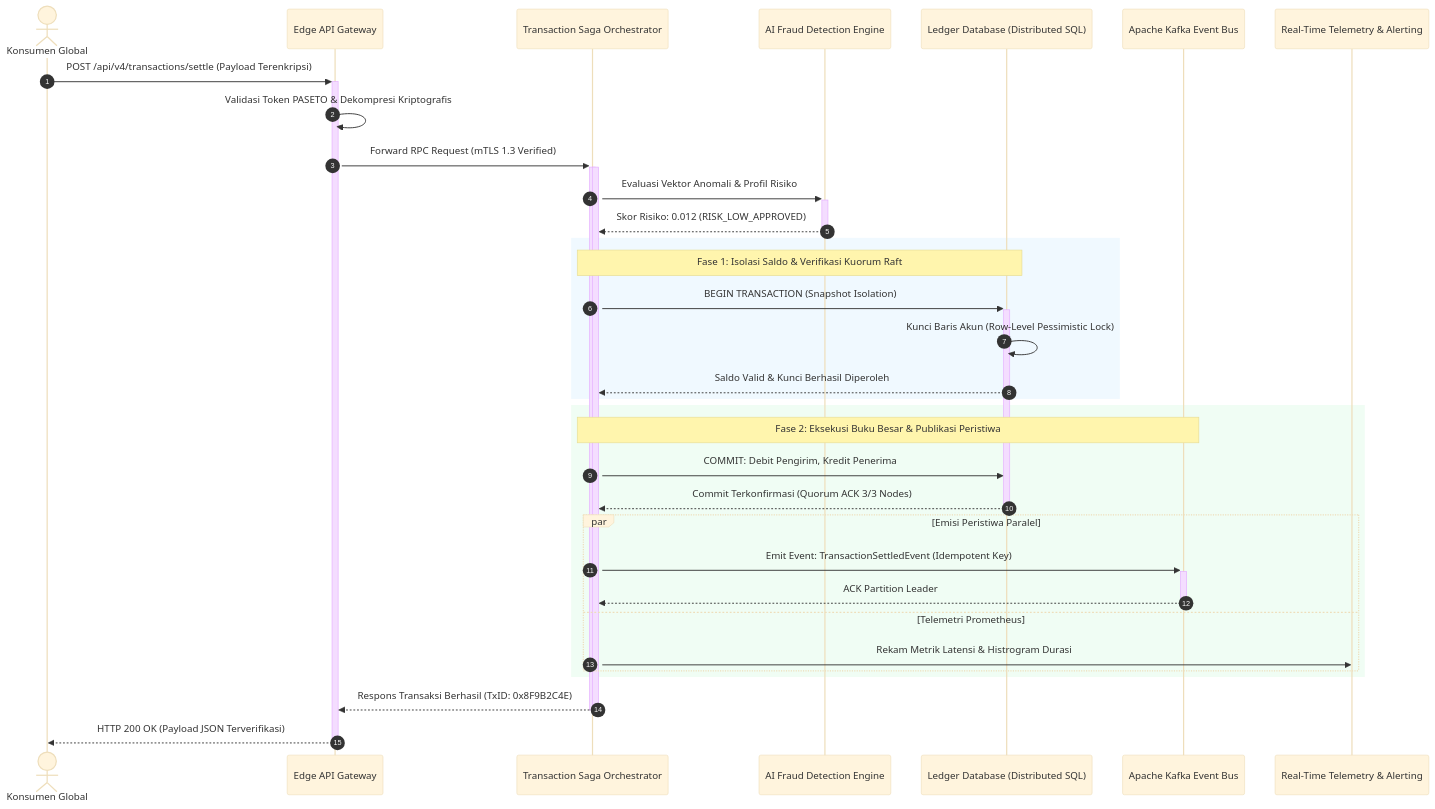
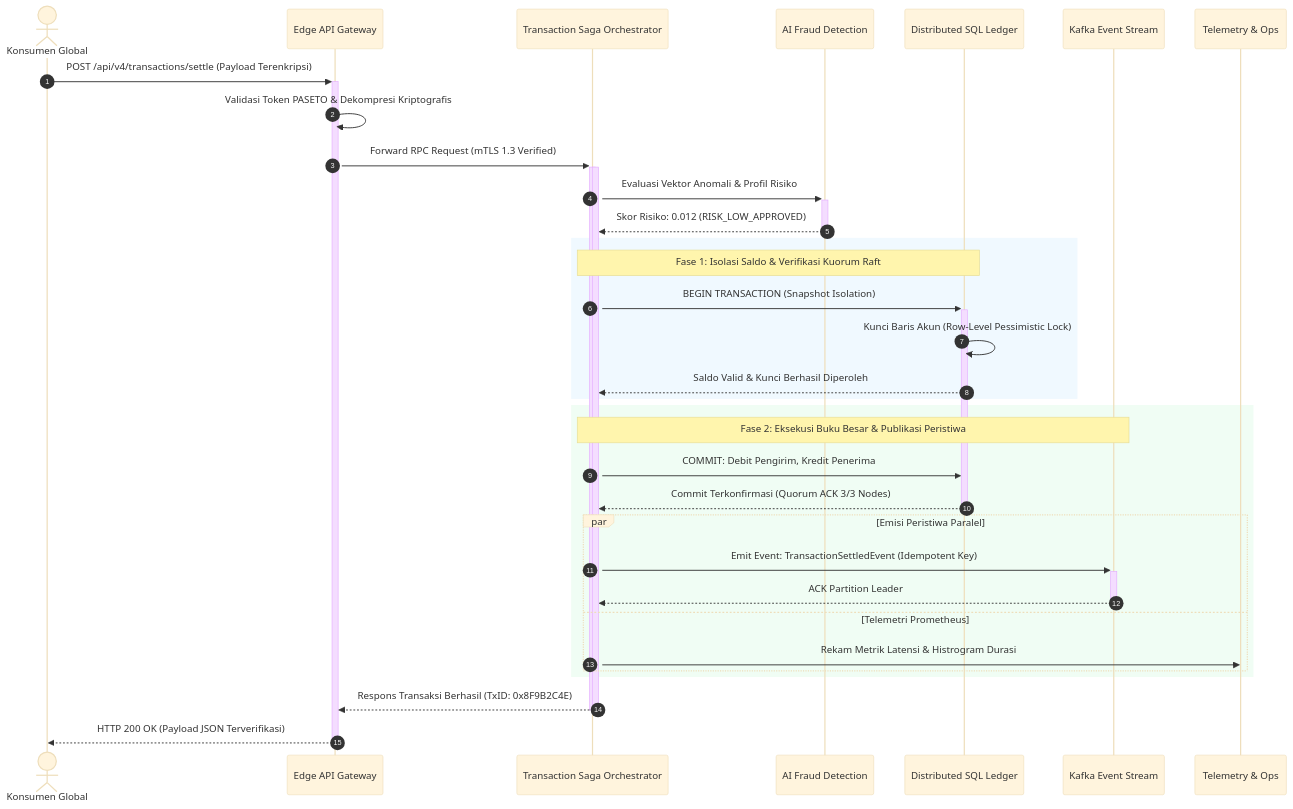
The second of 5 diagrams in apps/cli/markforge/docs/document.md (masumrpg/react-native-library), drawn with Mermaid (base theme) before and after one commit. The commit also changed other lines of this file and 23 other files, not shown here.

Commit message:
feat(markforge): add mermaid theme and rendering configuration support

````diff
--- a/apps/cli/markforge/docs/document.md
+++ b/apps/cli/markforge/docs/document.md
@@ -148,44 +150,44 @@
 ```mermaid
 sequenceDiagram
     autonumber
     actor User as Konsumen Global
     participant Edge as Edge API Gateway
     participant Orchestrator as Transaction Saga Orchestrator
-    participant Risk as AI Fraud Detection Engine
-    participant Ledger as Ledger Database (Distributed SQL)
-    participant Kafka as Apache Kafka Event Bus
-    participant SRE as Real-Time Telemetry & Alerting
+    participant Risk as AI Fraud Detection
+    participant Ledger as Distributed SQL Ledger
+    participant Kafka as Kafka Event Stream
+    participant SRE as Telemetry & Ops
 
     User->>+Edge: POST /api/v4/transactions/settle (Payload Terenkripsi)
     Edge->>Edge: Validasi Token PASETO & Dekompresi Kriptografis
     Edge->>+Orchestrator: Forward RPC Request (mTLS 1.3 Verified)
     
     activate Orchestrator
     Orchestrator->>+Risk: Evaluasi Vektor Anomali & Profil Risiko
     Risk-->>-Orchestrator: Skor Risiko: 0.012 (RISK_LOW_APPROVED)
     
     rect rgb(240, 249, 255)
         note over Orchestrator,Ledger: Fase 1: Isolasi Saldo & Verifikasi Kuorum Raft
         Orchestrator->>+Ledger: BEGIN TRANSACTION (Snapshot Isolation)
         Ledger->>Ledger: Kunci Baris Akun (Row-Level Pessimistic Lock)
         Ledger-->>Orchestrator: Saldo Valid & Kunci Berhasil Diperoleh
     end
 
     rect rgb(240, 253, 244)
         note over Orchestrator,Kafka: Fase 2: Eksekusi Buku Besar & Publikasi Peristiwa
         Orchestrator->>Ledger: COMMIT: Debit Pengirim, Kredit Penerima
         Ledger-->>-Orchestrator: Commit Terkonfirmasi (Quorum ACK 3/3 Nodes)
         
         par Emisi Peristiwa Paralel
             Orchestrator->>+Kafka: Emit Event: TransactionSettledEvent (Idempotent Key)
             Kafka-->>-Orchestrator: ACK Partition Leader
         and Telemetri Prometheus
             Orchestrator->>SRE: Rekam Metrik Latensi & Histrogram Durasi
         end
     end
 
     Orchestrator-->>-Edge: Respons Transaksi Berhasil (TxID: 0x8F9B2C4E)
     deactivate Orchestrator
 
     Edge-->>-User: HTTP 200 OK (Payload JSON Terverifikasi)
 ```
````
